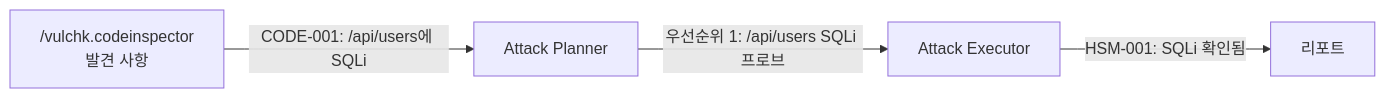
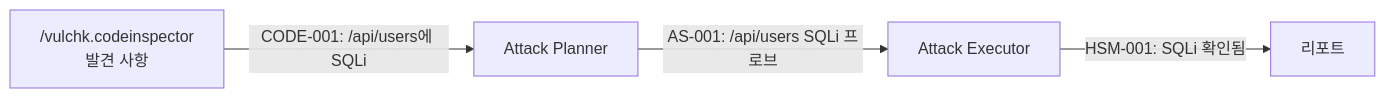
The fifth of 10 diagrams in design/hacksimulator.md (letsur-dev/vulcheck), drawn with Mermaid before and after one commit. The commit also changed other lines of this file and 4 other files, not shown here.

````diff
--- a/design/hacksimulator.md
+++ b/design/hacksimulator.md
@@ -192,6 +265,6 @@
 ```mermaid
 flowchart LR
     CI["/vulchk.codeinspector<br>발견 사항"] -->|"CODE-001: /api/users에 SQLi"| Planner["Attack Planner"]
-    Planner -->|"우선순위 1: /api/users SQLi 프로브"| Executor["Attack Executor"]
+    Planner -->|"AS-001: /api/users SQLi 프로브"| Executor["Attack Executor"]
     Executor -->|"HSM-001: SQLi 확인됨"| Report["리포트"]
 ```
````
